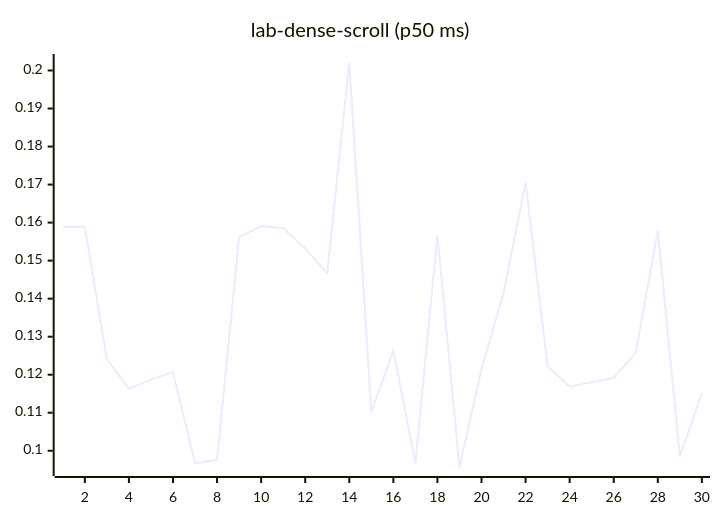
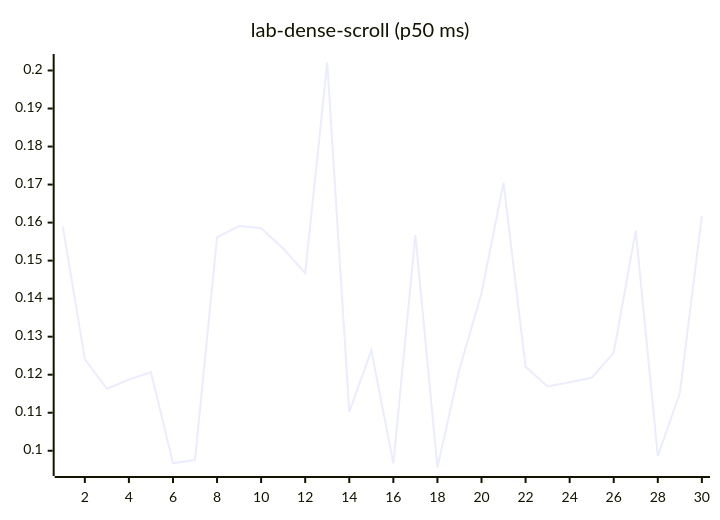
Diagram 12 of 27 in README.md (josha/Facet), drawn with Mermaid before and after one commit. The commit also changed other lines of this file and 2 other files, not shown here.

````diff
--- a/README.md
+++ b/README.md
@@ -140,6 +140,6 @@
 ```mermaid
 xychart-beta
     title "lab-dense-scroll (p50 ms)"
     x-axis 1 --> 30
-    line [0.1589, 0.1590, 0.1241, 0.1163, 0.1187, 0.1207, 0.0967, 0.0976, 0.1562, 0.1591, 0.1585, 0.1532, 0.1467, 0.2021, 0.1102, 0.1264, 0.0967, 0.1567, 0.0956, 0.1215, 0.1414, 0.1705, 0.1221, 0.1169, 0.1180, 0.1192, 0.1258, 0.1579, 0.0986, 0.1152]
+    line [0.1590, 0.1241, 0.1163, 0.1187, 0.1207, 0.0967, 0.0976, 0.1562, 0.1591, 0.1585, 0.1532, 0.1467, 0.2021, 0.1102, 0.1264, 0.0967, 0.1567, 0.0956, 0.1215, 0.1414, 0.1705, 0.1221, 0.1169, 0.1180, 0.1192, 0.1258, 0.1579, 0.0986, 0.1152, 0.1617]
 ```
````
